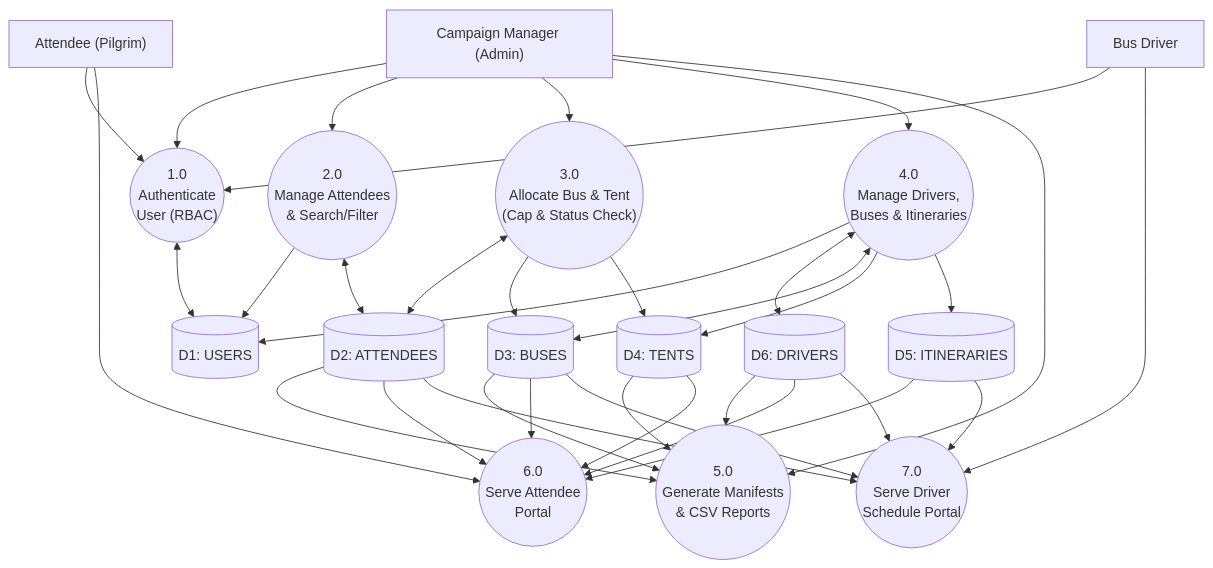
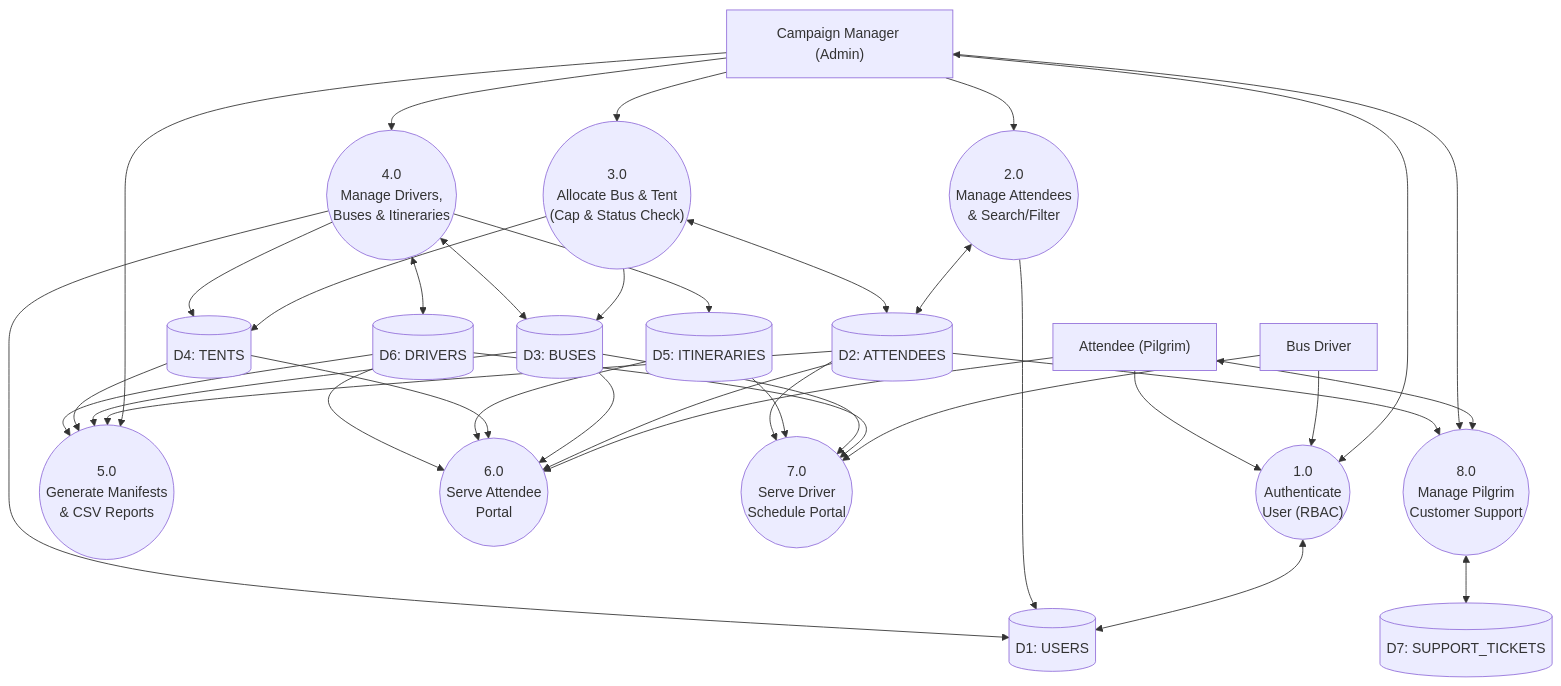
The second of 2 diagrams in docs/diagrams/04-dfd.md (0xMrHex/moyassir-cpit251), drawn with Mermaid before and after one commit. The commit also changed other lines of this file and 36 other files, not shown here.

Commit message:
Add Pilgrim Customer Support form & Admin Support Inbox (US-09, 20/20 tests, synced PDFs & diagrams)

````diff
--- a/docs/diagrams/04-dfd.md
+++ b/docs/diagrams/04-dfd.md
@@ -27,61 +27,68 @@
 ```mermaid
 flowchart TD
     Admin["Campaign Manager (Admin)"]
     Driver["Bus Driver"]
     Attendee["Attendee (Pilgrim)"]
 
     P1(("1.0<br/>Authenticate<br/>User (RBAC)"))
     P2(("2.0<br/>Manage Attendees<br/>& Search/Filter"))
     P3(("3.0<br/>Allocate Bus & Tent<br/>(Cap & Status Check)"))
     P4(("4.0<br/>Manage Drivers,<br/>Buses & Itineraries"))
     P5(("5.0<br/>Generate Manifests<br/>& CSV Reports"))
     P6(("6.0<br/>Serve Attendee<br/>Portal"))
     P7(("7.0<br/>Serve Driver<br/>Schedule Portal"))
+    P8(("8.0<br/>Manage Pilgrim<br/>Customer Support"))
 
     D1[("D1: USERS")]
     D2[("D2: ATTENDEES")]
     D3[("D3: BUSES")]
     D4[("D4: TENTS")]
     D5[("D5: ITINERARIES")]
     D6[("D6: DRIVERS")]
+    D7[("D7: SUPPORT_TICKETS")]
 
     Admin --> P1
     Driver --> P1
     Attendee --> P1
     P1 <--> D1
 
     Admin --> P2
     P2 --> D1
     P2 <--> D2
 
     Admin --> P3
     P3 <--> D2
     P3 --> D3
     P3 --> D4
 
     Admin --> P4
     P4 --> D1
     P4 <--> D6
     P4 <--> D3
     P4 --> D4
     P4 --> D5
 
     Admin --> P5
     D2 --> P5
     D3 --> P5
     D4 --> P5
     D6 --> P5
 
     Attendee --> P6
     D2 --> P6
     D3 --> P6
     D4 --> P6
     D5 --> P6
     D6 --> P6
 
     Driver --> P7
     D6 --> P7
     D3 --> P7
     D5 --> P7
     D2 --> P7
+
+    Attendee <--> P8
+    Admin <--> P8
+    P8 <--> D7
+    D2 --> P8
 ```
````
